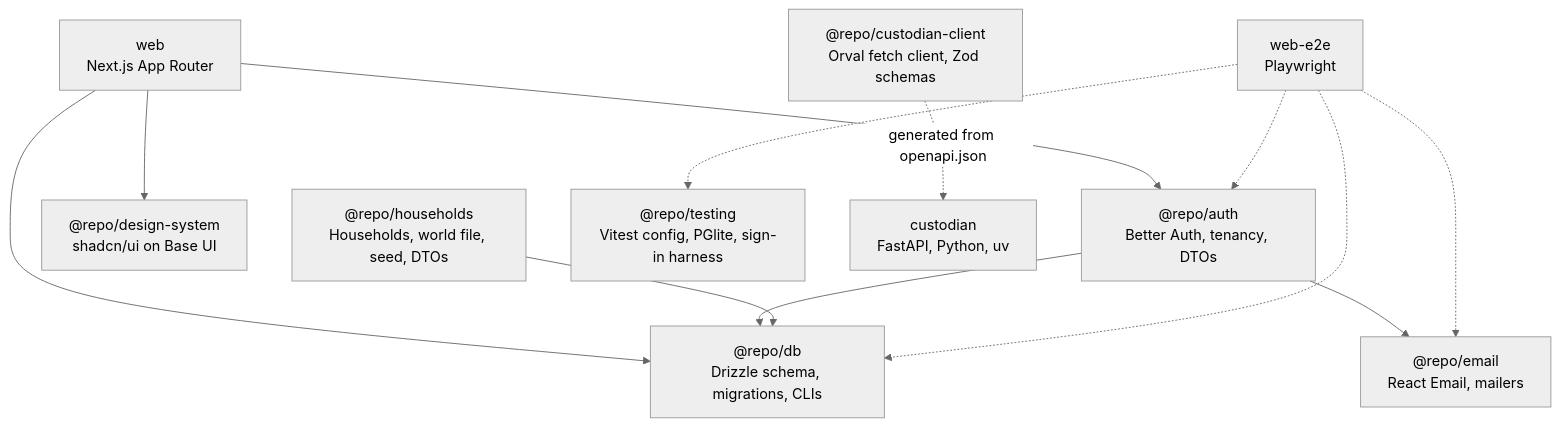
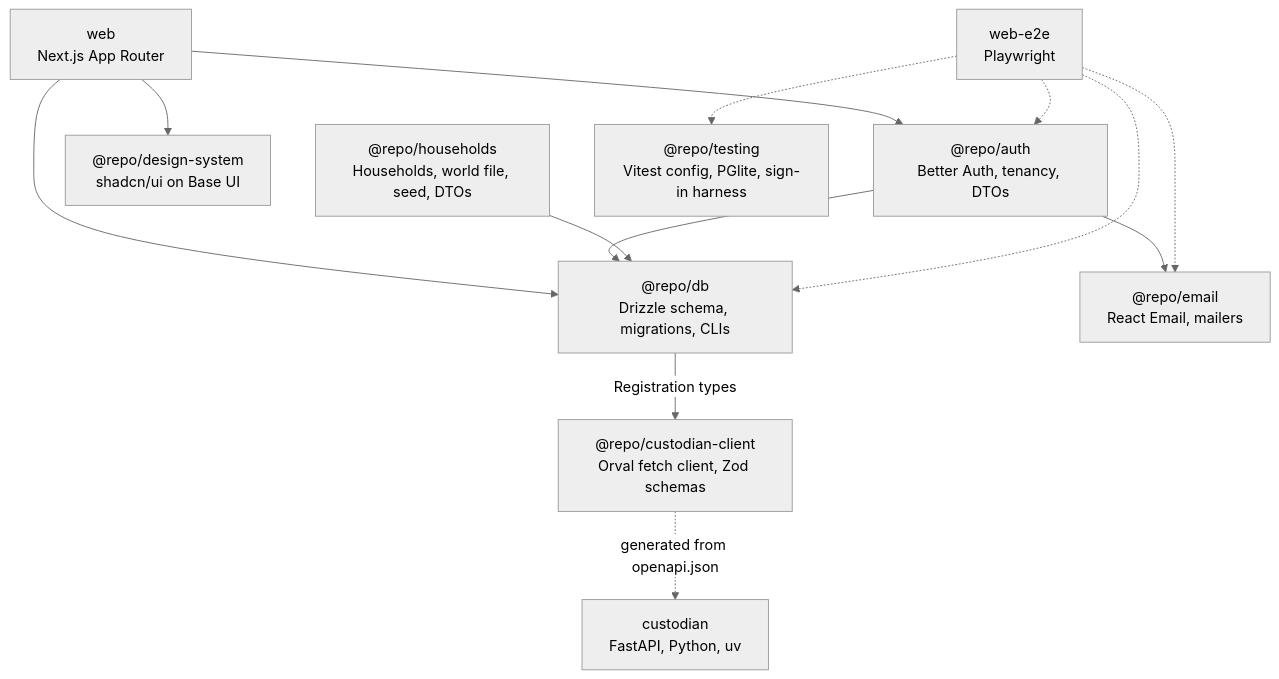
The diagram in docs/diagrams/packages.mmd (m0t0r/cognitive-wealth), drawn with Mermaid (neutral theme) before and after one commit. The commit also changed 24 other files, not shown here.

```diff
--- a/docs/diagrams/packages.mmd
+++ b/docs/diagrams/packages.mmd
@@ -1,25 +1,26 @@
 flowchart TB
   web["web<br/>Next.js App Router"]
   e2e["web-e2e<br/>Playwright"]
   auth["@repo/auth<br/>Better Auth, tenancy, DTOs"]
   ds["@repo/design-system<br/>shadcn/ui on Base UI"]
   db["@repo/db<br/>Drizzle schema, migrations, CLIs"]
   email["@repo/email<br/>React Email, mailers"]
   households["@repo/households<br/>Households, world file, seed, DTOs"]
   testing["@repo/testing<br/>Vitest config, PGlite, sign-in harness"]
   custodian["custodian<br/>FastAPI, Python, uv"]
   client["@repo/custodian-client<br/>Orval fetch client, Zod schemas"]
 
   web --> auth
   web --> ds
   web --> db
   auth --> db
   auth --> email
   households --> db
+  db -->|"Registration types"| client
 
   e2e -.-> auth
   e2e -.-> db
   e2e -.-> email
   e2e -.-> testing
 
   client -.->|"generated from openapi.json"| custodian
```
